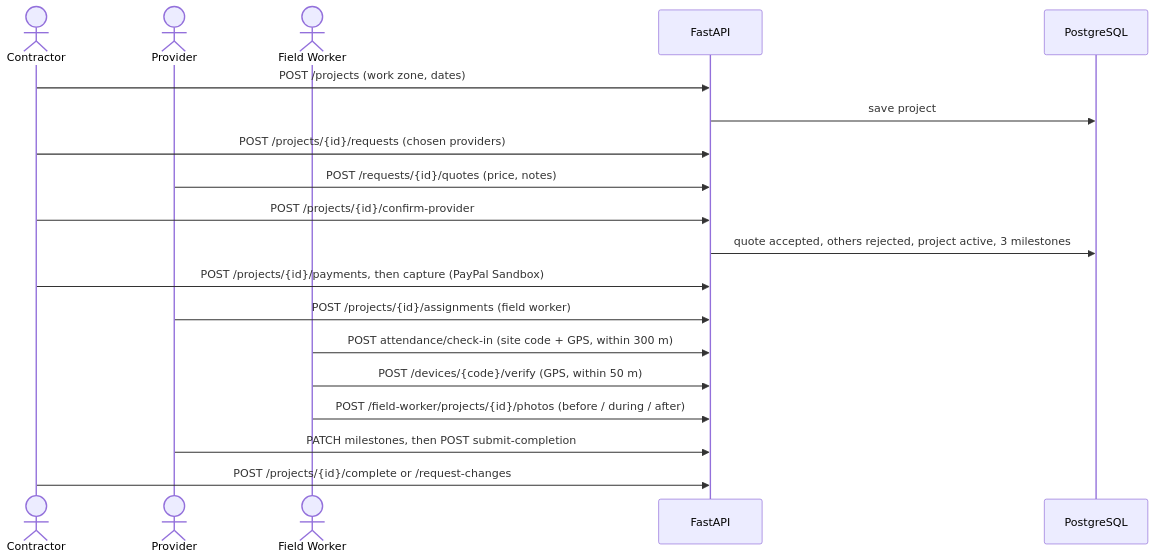
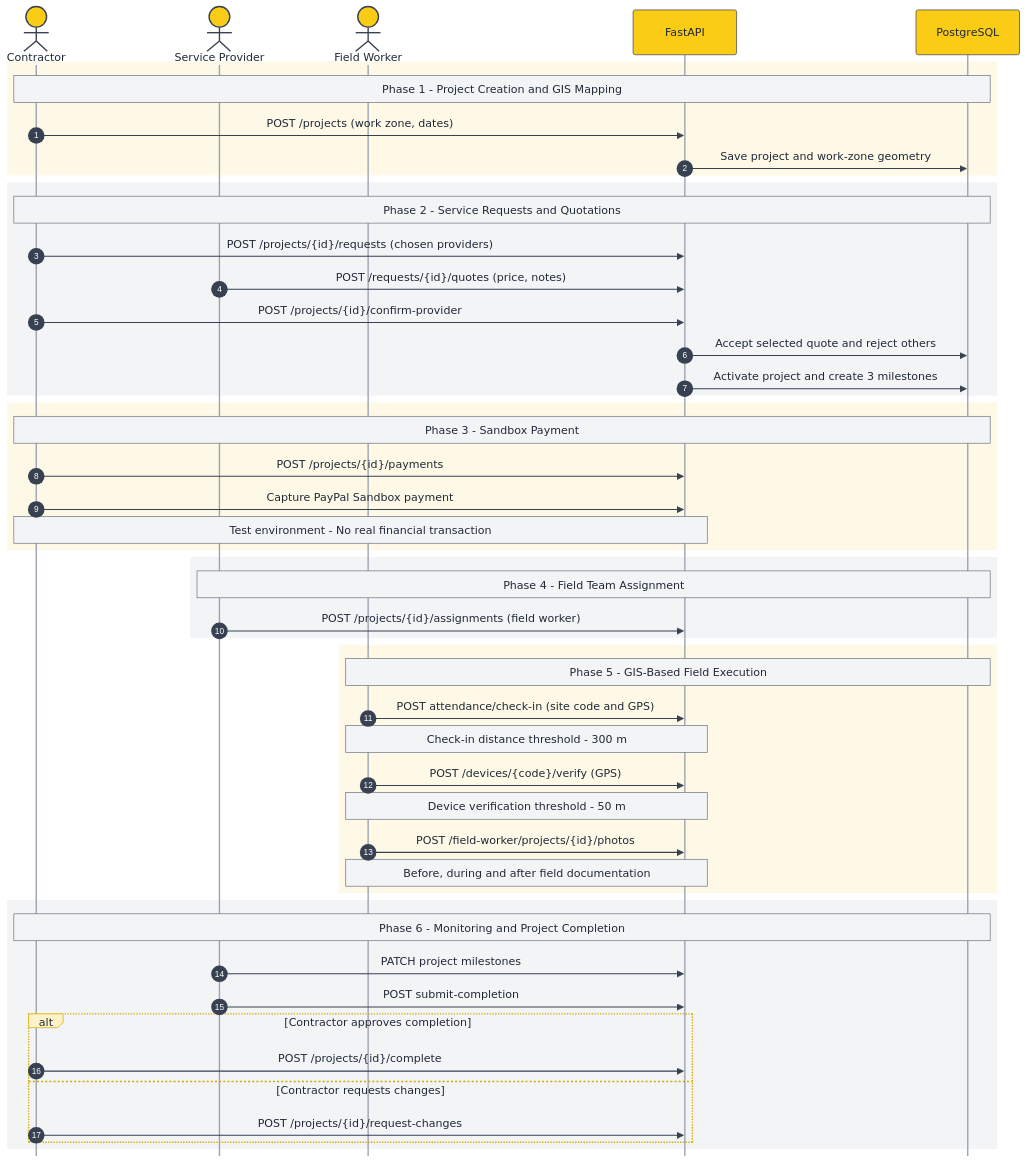
One commit to janaalhazmi/MAMAR changed the diagram in Stage 5 Project Closure/Technical Architecture/diagrams/main-workflow.mmd. Above: the diagram before and after it, drawn with Mermaid.

Commit message:
Refine main workflow diagram and apply unified MAMAR visual identity

```diff
--- a/Stage 5 Project Closure/Technical Architecture/diagrams/main-workflow.mmd
+++ b/Stage 5 Project Closure/Technical Architecture/diagrams/main-workflow.mmd
@@ -1,19 +1,92 @@
+---
+config:
+  theme: base
+  themeVariables:
+    primaryColor: '#FEF3C7'
+    primaryTextColor: '#1F2937'
+    primaryBorderColor: '#D4A900'
+    secondaryColor: '#F3F4F6'
+    tertiaryColor: '#FFFFFF'
+    background: '#FFFFFF'
+    actorBkg: '#FACC15'
+    actorBorder: '#374151'
+    actorTextColor: '#1F2937'
+    actorLineColor: '#9CA3AF'
+    signalColor: '#374151'
+    signalTextColor: '#1F2937'
+    labelBoxBkgColor: '#FEF3C7'
+    labelBoxBorderColor: '#D4A900'
+    labelTextColor: '#1F2937'
+    loopTextColor: '#1F2937'
+    noteBkgColor: '#F3F4F6'
+    noteBorderColor: '#6B7280'
+    noteTextColor: '#1F2937'
+    activationBkgColor: '#FEF3C7'
+    activationBorderColor: '#D4A900'
+    fontFamily: 'Arial'
+    fontSize: '15px'
+  sequence:
+    actorMargin: 65
+    messageMargin: 35
+    mirrorActors: false
+---
 sequenceDiagram
+    autonumber
+
     actor C as Contractor
-    actor P as Provider
+    actor P as Service Provider
     actor W as Field Worker
     participant API as FastAPI
     participant DB as PostgreSQL
-    C->>API: POST /projects (work zone, dates)
-    API->>DB: save project
-    C->>API: POST /projects/{id}/requests (chosen providers)
-    P->>API: POST /requests/{id}/quotes (price, notes)
-    C->>API: POST /projects/{id}/confirm-provider
-    API->>DB: quote accepted, others rejected, project active, 3 milestones
-    C->>API: POST /projects/{id}/payments, then capture (PayPal Sandbox)
-    P->>API: POST /projects/{id}/assignments (field worker)
-    W->>API: POST attendance/check-in (site code + GPS, within 300 m)
-    W->>API: POST /devices/{code}/verify (GPS, within 50 m)
-    W->>API: POST /field-worker/projects/{id}/photos (before / during / after)
-    P->>API: PATCH milestones, then POST submit-completion
-    C->>API: POST /projects/{id}/complete or /request-changes
+
+    rect rgb(254, 249, 231)
+        Note over C,DB: Phase 1 - Project Creation and GIS Mapping
+        C->>API: POST /projects (work zone, dates)
+        API->>DB: Save project and work-zone geometry
+    end
+
+    rect rgb(243, 244, 246)
+        Note over C,DB: Phase 2 - Service Requests and Quotations
+        C->>API: POST /projects/{id}/requests (chosen providers)
+        P->>API: POST /requests/{id}/quotes (price, notes)
+        C->>API: POST /projects/{id}/confirm-provider
+        API->>DB: Accept selected quote and reject others
+        API->>DB: Activate project and create 3 milestones
+    end
+
+    rect rgb(254, 249, 231)
+        Note over C,DB: Phase 3 - Sandbox Payment
+        C->>API: POST /projects/{id}/payments
+        C->>API: Capture PayPal Sandbox payment
+        Note over C,API: Test environment - No real financial transaction
+    end
+
+    rect rgb(243, 244, 246)
+        Note over P,DB: Phase 4 - Field Team Assignment
+        P->>API: POST /projects/{id}/assignments (field worker)
+    end
+
+    rect rgb(254, 249, 231)
+        Note over W,DB: Phase 5 - GIS-Based Field Execution
+        W->>API: POST attendance/check-in (site code and GPS)
+        Note over W,API: Check-in distance threshold - 300 m
+
+        W->>API: POST /devices/{code}/verify (GPS)
+        Note over W,API: Device verification threshold - 50 m
+
+        W->>API: POST /field-worker/projects/{id}/photos
+        Note over W,API: Before, during and after field documentation
+    end
+
+    rect rgb(243, 244, 246)
+        Note over C,DB: Phase 6 - Monitoring and Project Completion
+
+        P->>API: PATCH project milestones
+        P->>API: POST submit-completion
+
+        alt Contractor approves completion
+            C->>API: POST /projects/{id}/complete
+        else Contractor requests changes
+            C->>API: POST /projects/{id}/request-changes
+        end
+    end
```
